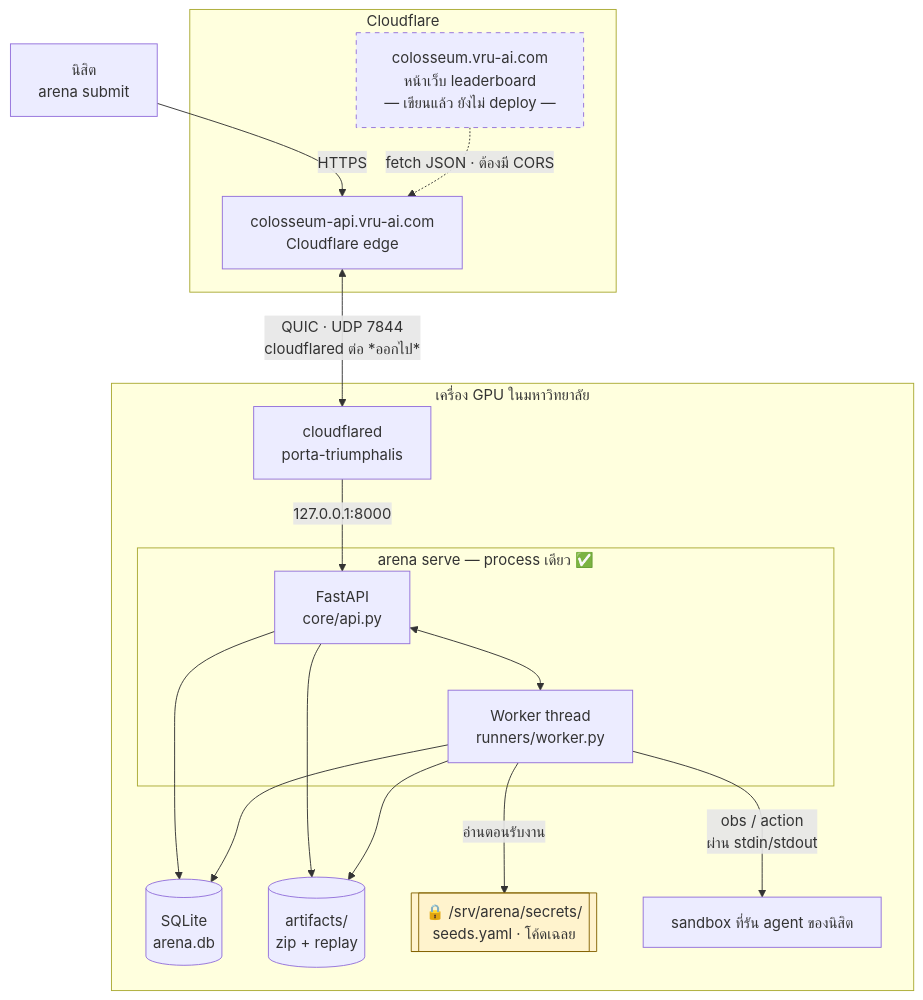
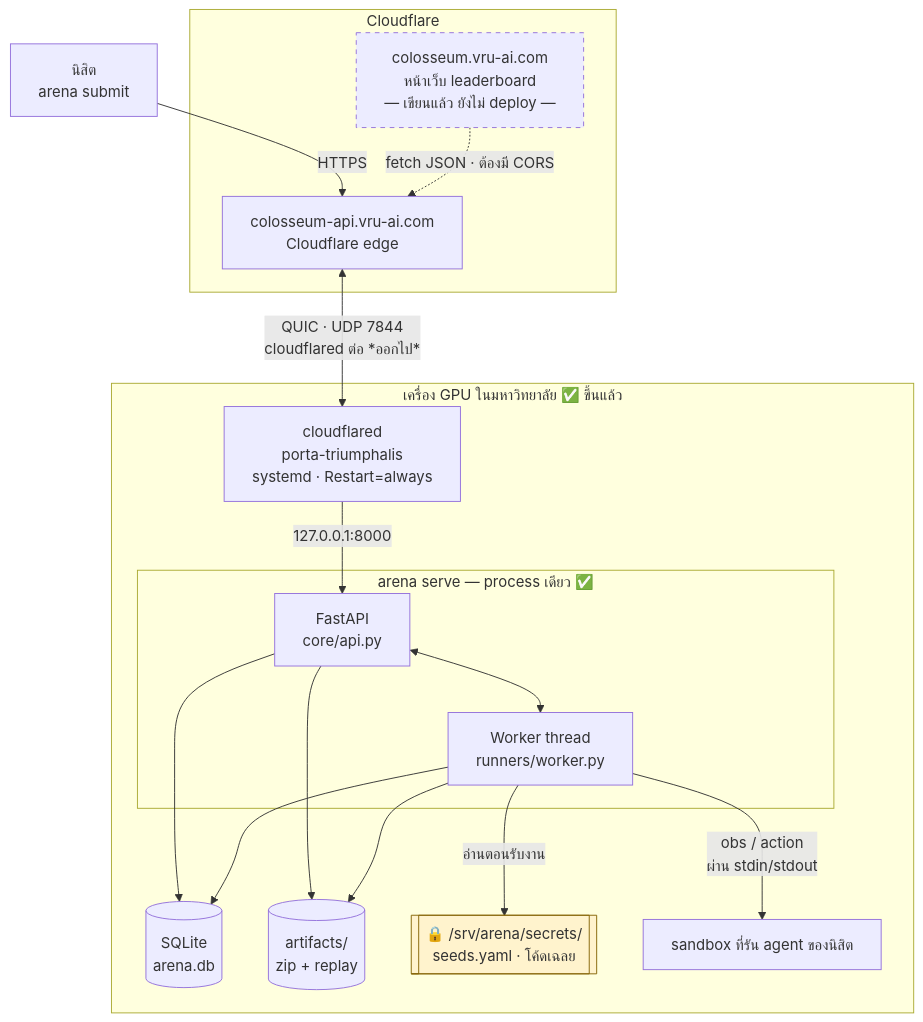
Before and after one commit to VRU-AI-SWU/colosseum-swu: the first of 3 diagrams in docs/architecture.md, drawn with Mermaid. The commit also changed other lines of this file and 1 other file, not shown here.

````diff
--- a/docs/architecture.md
+++ b/docs/architecture.md
@@ -14,34 +15,34 @@
 ```mermaid
 flowchart TB
     subgraph cloud["Cloudflare"]
         page["colosseum.vru-ai.com<br/>หน้าเว็บ leaderboard<br/>— เขียนแล้ว ยังไม่ deploy —"]
         edge["colosseum-api.vru-ai.com<br/>Cloudflare edge"]
     end
 
-    subgraph uni["เครื่อง GPU ในมหาวิทยาลัย"]
-        cfd["cloudflared<br/>porta-triumphalis"]
+    subgraph uni["เครื่อง GPU ในมหาวิทยาลัย ✅ ขึ้นแล้ว"]
+        cfd["cloudflared<br/>porta-triumphalis<br/>systemd · Restart=always"]
         subgraph proc["arena serve — process เดียว ✅"]
             api["FastAPI<br/>core/api.py"]
             worker["Worker thread<br/>runners/worker.py"]
         end
         db[("SQLite<br/>arena.db")]
         art[("artifacts/<br/>zip + replay")]
         secrets[["🔒 /srv/arena/secrets/<br/>seeds.yaml · โค้ดเฉลย"]]
         sandbox["sandbox ที่รัน agent ของนิสิต"]
     end
 
     student["นิสิต<br/>arena submit"] -->|"HTTPS"| edge
     page -.->|"fetch JSON · ต้องมี CORS"| edge
     edge <-->|"QUIC · UDP 7844<br/>cloudflared ต่อ *ออกไป*"| cfd
     cfd -->|"127.0.0.1:8000"| api
     api <--> worker
     api --> db
     worker --> db
     api --> art
     worker --> art
     worker -->|"อ่านตอนรับงาน"| secrets
     worker -->|"obs / action<br/>ผ่าน stdin/stdout"| sandbox
 
     style page stroke-dasharray: 5 5
     style secrets fill:#fff3cd,stroke:#856404
 ```
````
